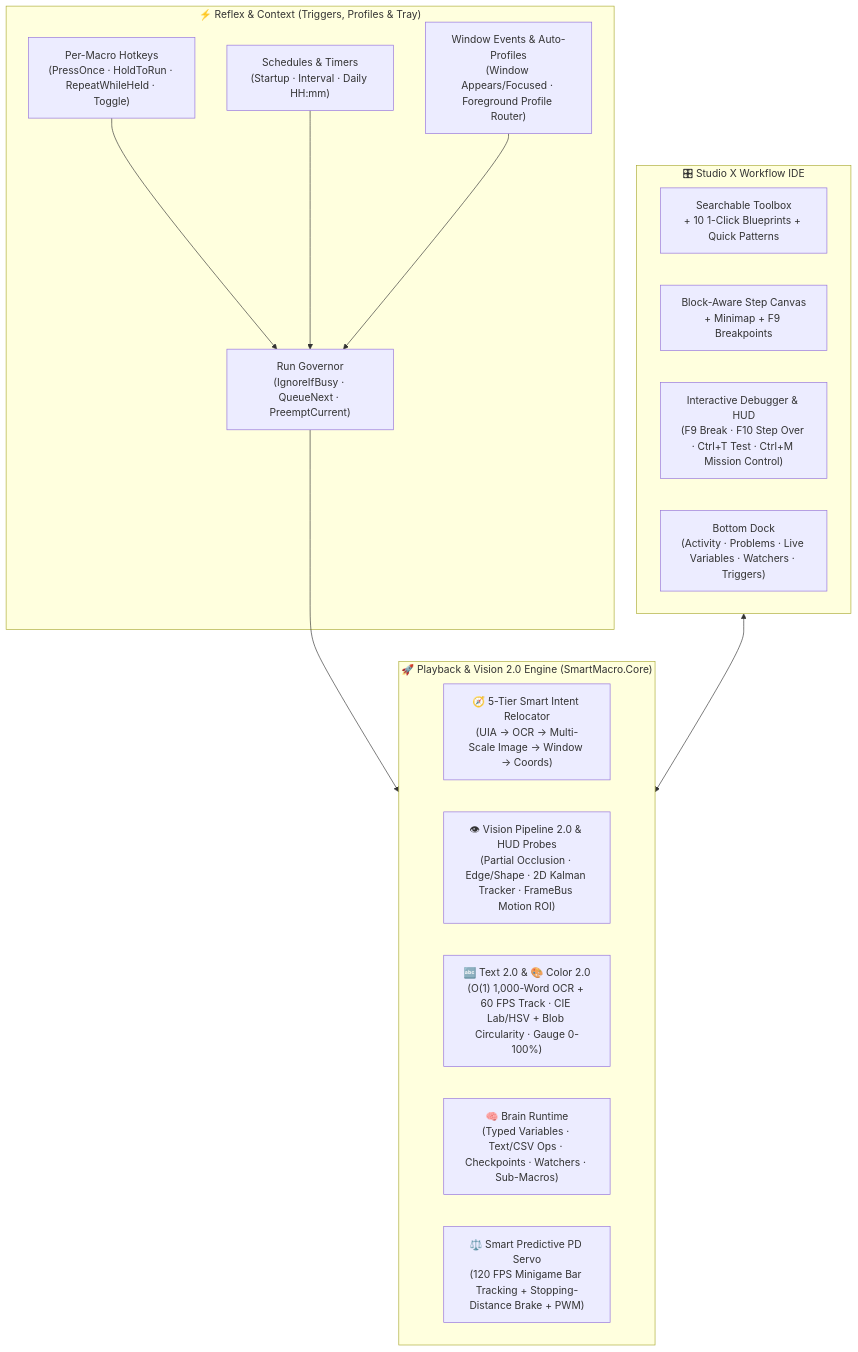
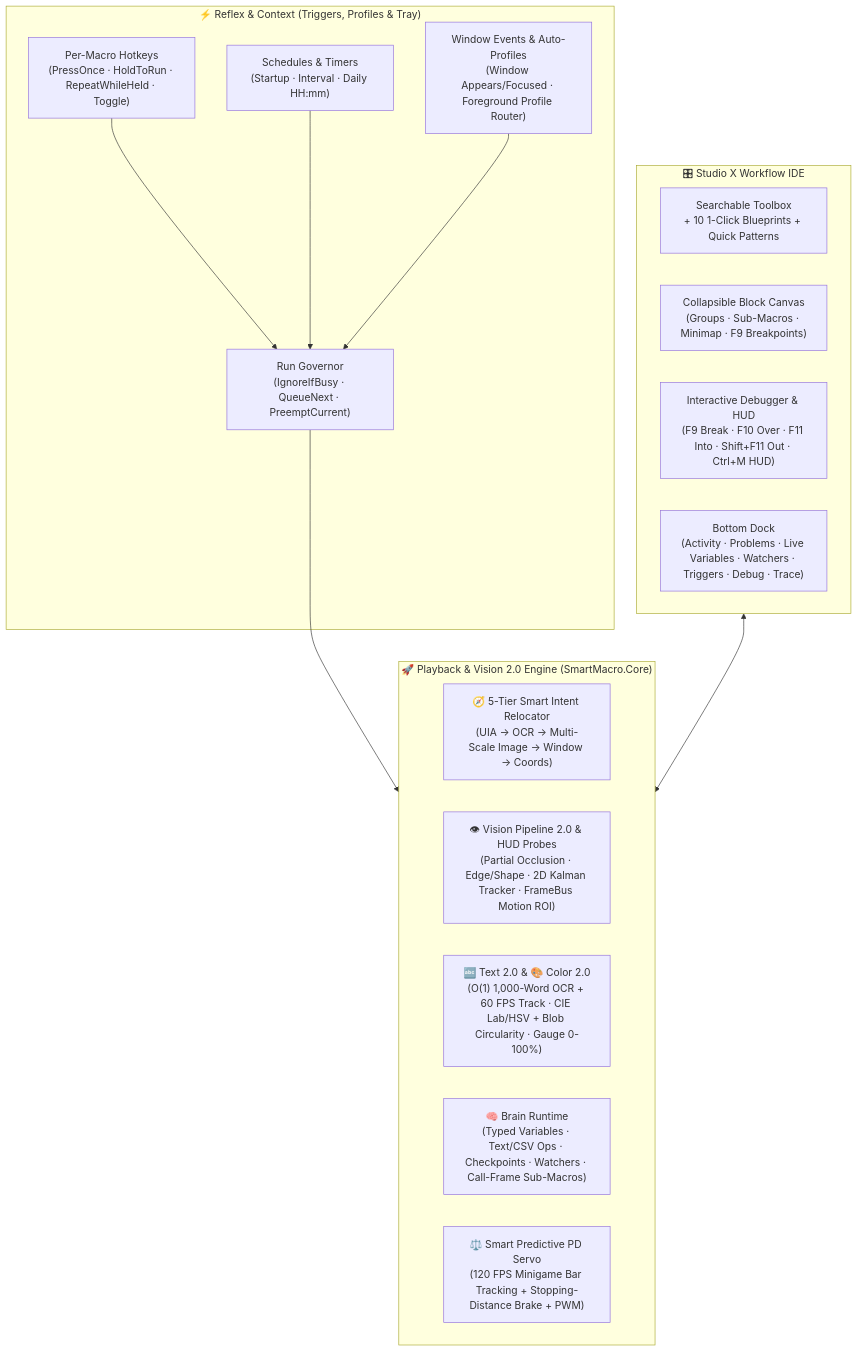
One commit to nenesakura-39/SmartMacro changed the diagram in README.md. Above: the diagram before and after it, drawn with Mermaid. The commit also changed other lines of this file and 12 other files, not shown here.

````diff
--- a/README.md
+++ b/README.md
@@ -13,28 +94,28 @@
 ```mermaid
 flowchart TB
     subgraph Triggers["⚡ Reflex & Context (Triggers, Profiles & Tray)"]
         HK["Per-Macro Hotkeys\n(PressOnce · HoldToRun · RepeatWhileHeld · Toggle)"]
         SCHED["Schedules & Timers\n(Startup · Interval · Daily HH:mm)"]
         WIN["Window Events & Auto-Profiles\n(Window Appears/Focused · Foreground Profile Router)"]
         GOV["Run Governor\n(IgnoreIfBusy · QueueNext · PreemptCurrent)"]
         HK & SCHED & WIN --> GOV
     end
 
     subgraph Studio["🎛 Studio X Workflow IDE"]
         TB["Searchable Toolbox\n+ 10 1-Click Blueprints + Quick Patterns"]
-        CANVAS["Block-Aware Step Canvas\n+ Minimap + F9 Breakpoints"]
-        DBG["Interactive Debugger & HUD\n(F9 Break · F10 Step Over · Ctrl+T Test · Ctrl+M Mission Control)"]
-        DOCK["Bottom Dock\n(Activity · Problems · Live Variables · Watchers · Triggers)"]
+        CANVAS["Collapsible Block Canvas\n(Groups · Sub-Macros · Minimap · F9 Breakpoints)"]
+        DBG["Interactive Debugger & HUD\n(F9 Break · F10 Over · F11 Into · Shift+F11 Out · Ctrl+M HUD)"]
+        DOCK["Bottom Dock\n(Activity · Problems · Live Variables · Watchers · Triggers · Debug · Trace)"]
     end
 
     subgraph Engine["🚀 Playback & Vision 2.0 Engine (SmartMacro.Core)"]
         INTENT["🧭 5-Tier Smart Intent Relocator\n(UIA → OCR → Multi-Scale Image → Window → Coords)"]
         VISION["👁 Vision Pipeline 2.0 & HUD Probes\n(Partial Occlusion · Edge/Shape · 2D Kalman Tracker · FrameBus Motion ROI)"]
         TEXTCOLOR["🔤 Text 2.0 & 🎨 Color 2.0\n(O(1) 1,000-Word OCR + 60 FPS Track · CIE Lab/HSV + Blob Circularity · Gauge 0-100%)"]
-        BRAIN["🧠 Brain Runtime\n(Typed Variables · Text/CSV Ops · Checkpoints · Watchers · Sub-Macros)"]
+        BRAIN["🧠 Brain Runtime\n(Typed Variables · Text/CSV Ops · Checkpoints · Watchers · Call-Frame Sub-Macros)"]
         SERVO["⚖️ Smart Predictive PD Servo\n(120 FPS Minigame Bar Tracking + Stopping-Distance Brake + PWM)"]
     end
 
     GOV --> Engine
     Studio <--> Engine
 ```
````
